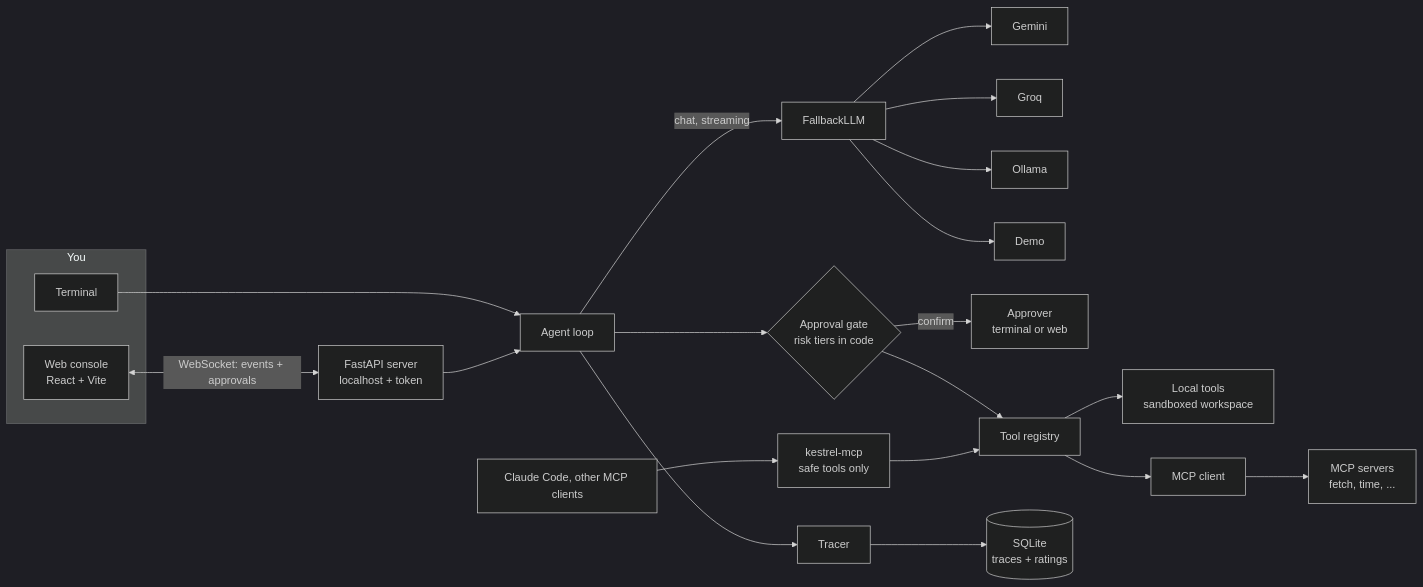
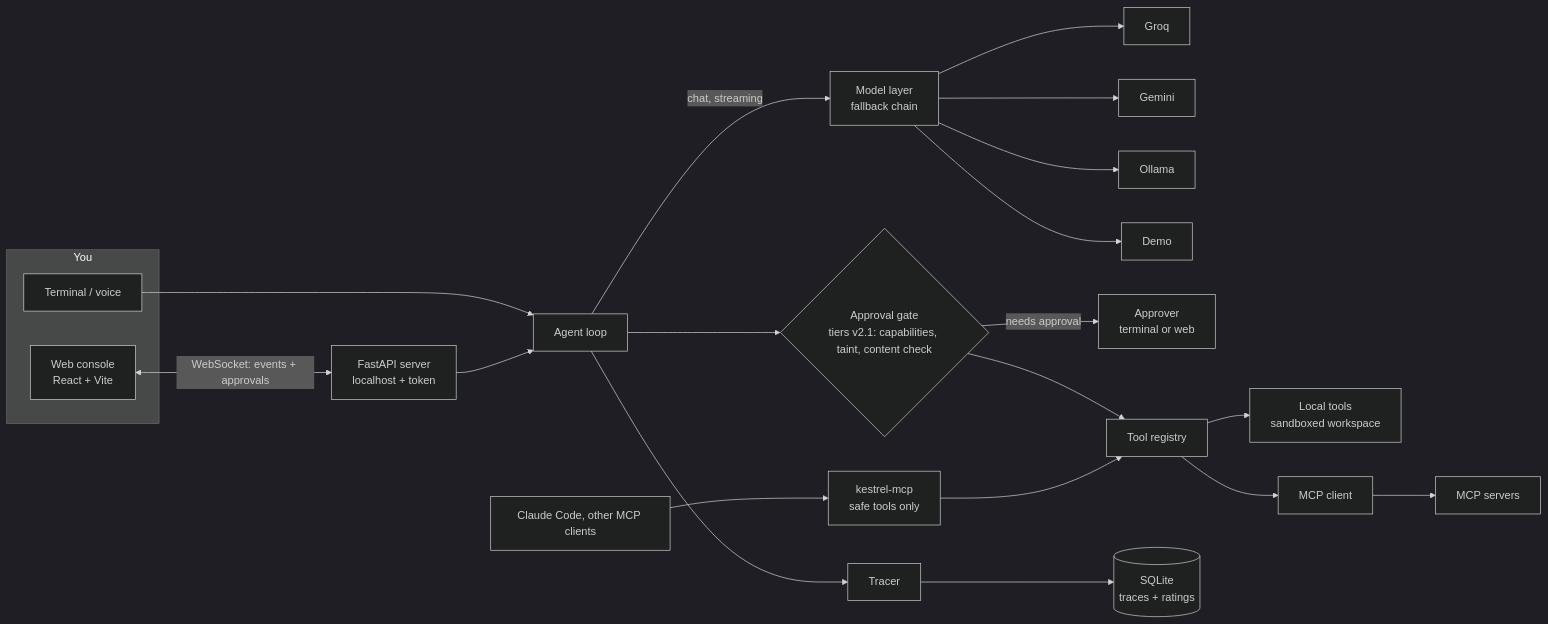
One commit to Ecko-maker/kestrel changed the diagram in README.md. Above: the diagram before and after it, drawn with Mermaid (dark theme). The commit also changed other lines of this file, not shown here.

````diff
--- a/README.md
+++ b/README.md
@@ -72,19 +82,19 @@
 ```mermaid
 flowchart LR
     subgraph clients [You]
-        T[Terminal]
+        T[Terminal / voice]
         W[Web console<br/>React + Vite]
     end
     W <-->|WebSocket: events + approvals| S[FastAPI server<br/>localhost + token]
     T --> A
     S --> A[Agent loop]
-    A -->|chat, streaming| F[FallbackLLM]
-    F --> P1[Gemini] & P2[Groq] & P3[Ollama] & P4[Demo]
-    A --> G{Approval gate<br/>risk tiers in code}
-    G -->|confirm| AP[Approver<br/>terminal or web]
+    A -->|chat, streaming| F[Model layer<br/>fallback chain]
+    F --> P1[Groq] & P2[Gemini] & P3[Ollama] & P4[Demo]
+    A --> G{Approval gate<br/>tiers v2.1: capabilities, taint, content check}
+    G -->|needs approval| AP[Approver<br/>terminal or web]
     G --> R[Tool registry]
     R --> L[Local tools<br/>sandboxed workspace]
-    R --> M[MCP client] --> MS[MCP servers<br/>fetch, time, ...]
+    R --> M[MCP client] --> MS[MCP servers]
     A --> TR[Tracer] --> DB[(SQLite<br/>traces + ratings)]
     C[Claude Code, other MCP clients] --> KM[kestrel-mcp<br/>safe tools only] --> R
 ```
````
